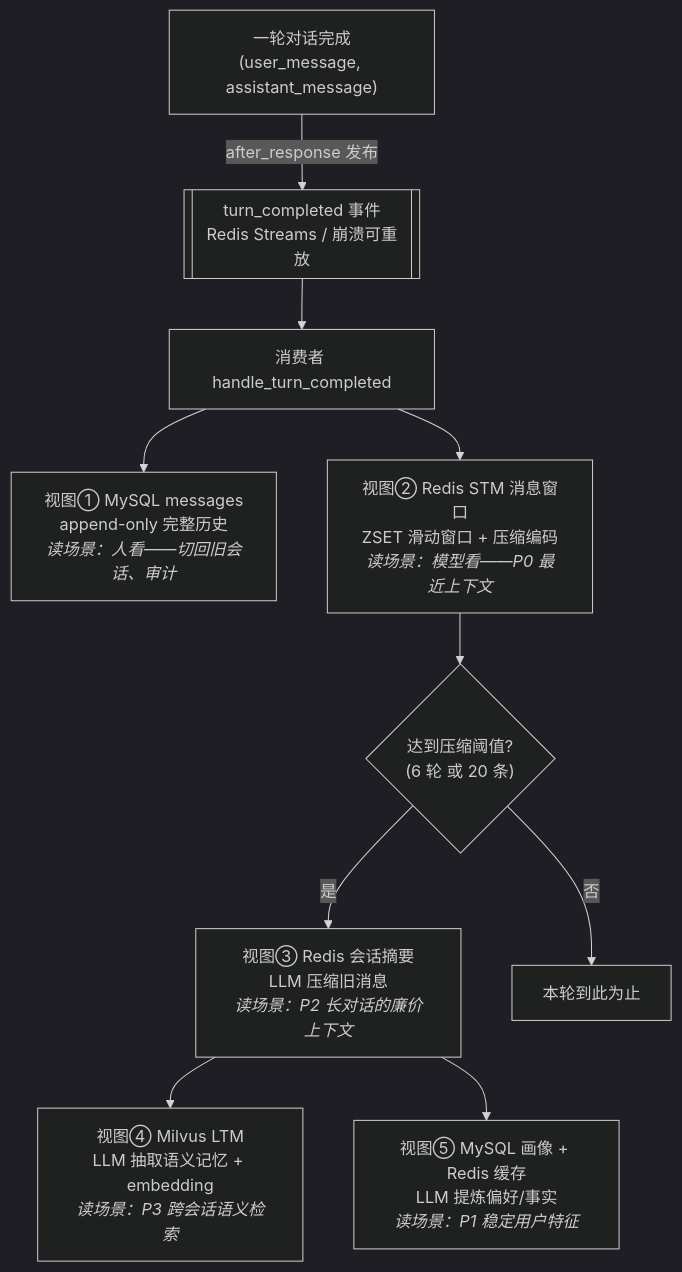
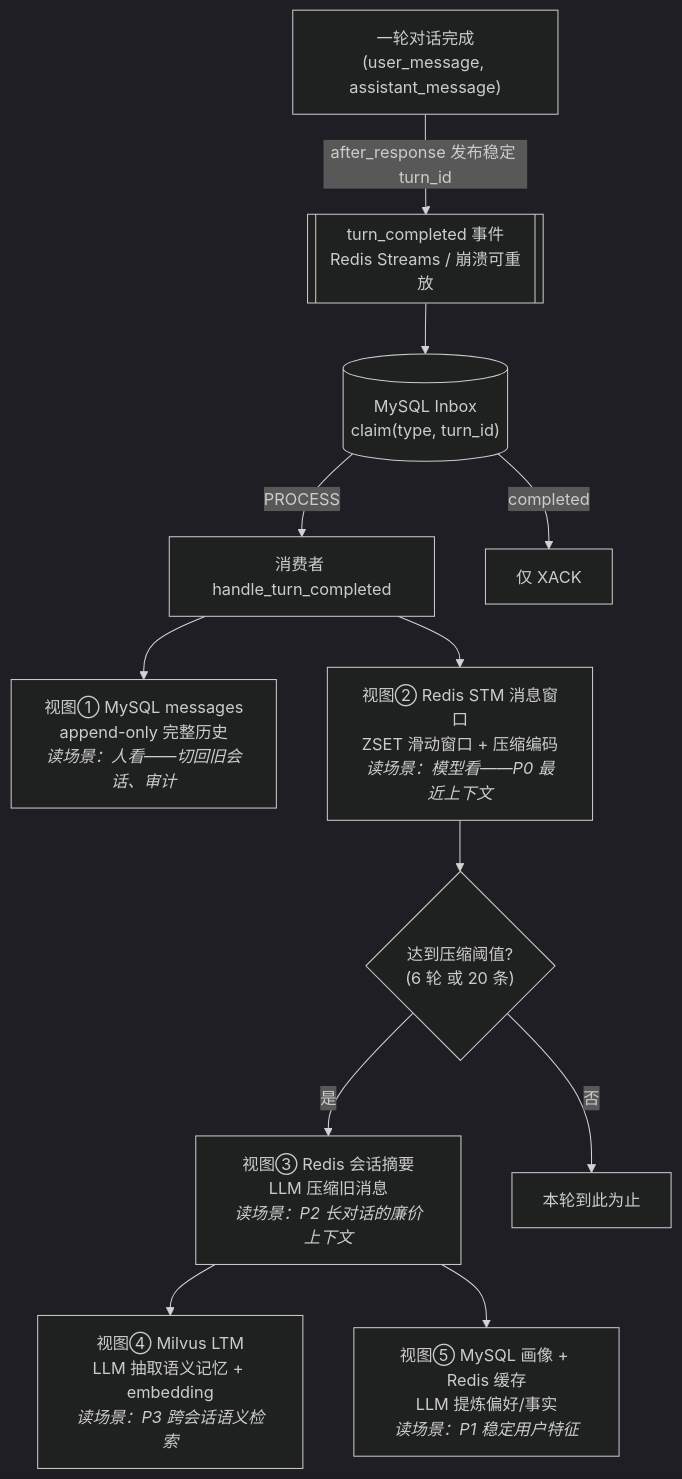
The third of 6 diagrams in docs/modules/04-记忆系统.md (bitladykiller/-), drawn with Mermaid (dark theme) before and after one commit. The commit also changed other lines of this file and 19 other files, not shown here.

````diff
--- a/docs/modules/04-记忆系统.md
+++ b/docs/modules/04-记忆系统.md
@@ -217,14 +221,16 @@
 ```mermaid
 flowchart TB
     TURN["一轮对话完成<br/>(user_message, assistant_message)"]
-    TURN -->|"after_response 发布"| EV[["turn_completed 事件<br/>Redis Streams / 崩溃可重放"]]
-    EV --> C["消费者 handle_turn_completed"]
+    TURN -->|"after_response 发布稳定 turn_id"| EV[["turn_completed 事件<br/>Redis Streams / 崩溃可重放"]]
+    EV --> I[("MySQL Inbox<br/>claim(type, turn_id)")]
+    I -->|PROCESS| C["消费者 handle_turn_completed"]
+    I -->|completed| ACK["仅 XACK"]
 
     C --> V1["视图① MySQL messages<br/>append-only 完整历史<br/><i>读场景：人看——切回旧会话、审计</i>"]
     C --> V2["视图② Redis STM 消息窗口<br/>ZSET 滑动窗口 + 压缩编码<br/><i>读场景：模型看——P0 最近上下文</i>"]
     V2 --> COND{"达到压缩阈值?<br/>(6 轮 或 20 条)"}
     COND -->|是| V3["视图③ Redis 会话摘要<br/>LLM 压缩旧消息<br/><i>读场景：P2 长对话的廉价上下文</i>"]
     V3 --> V4["视图④ Milvus LTM<br/>LLM 抽取语义记忆 + embedding<br/><i>读场景：P3 跨会话语义检索</i>"]
     V3 --> V5["视图⑤ MySQL 画像 + Redis 缓存<br/>LLM 提炼偏好/事实<br/><i>读场景：P1 稳定用户特征</i>"]
     COND -->|否| END[本轮到此为止]
 ```
````
